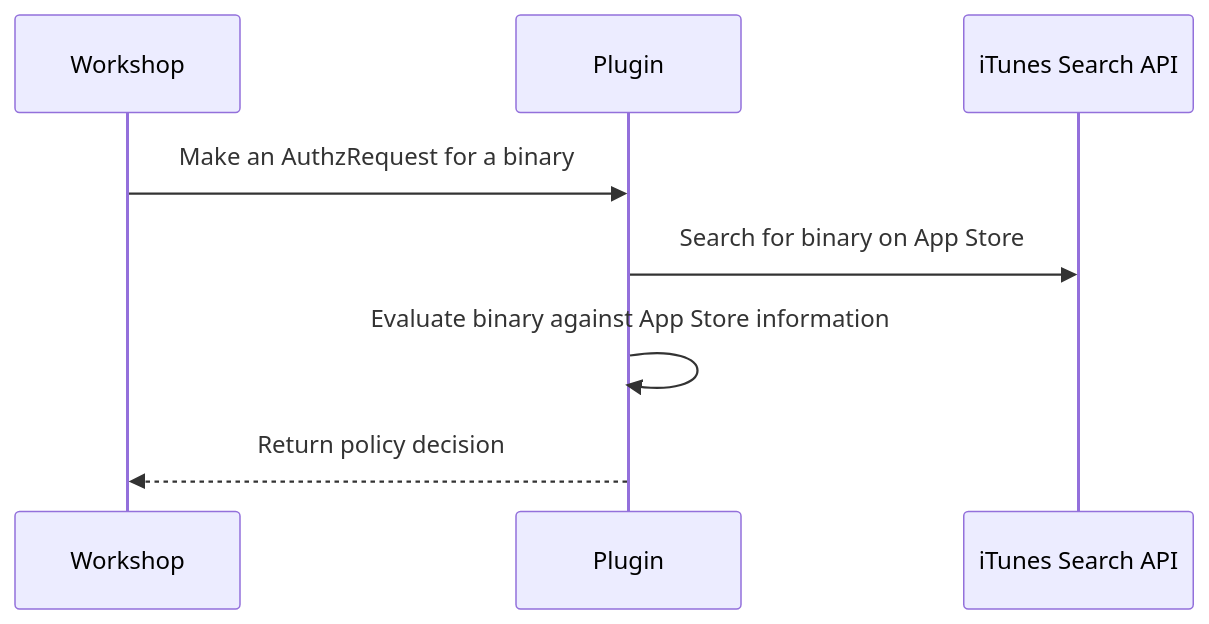
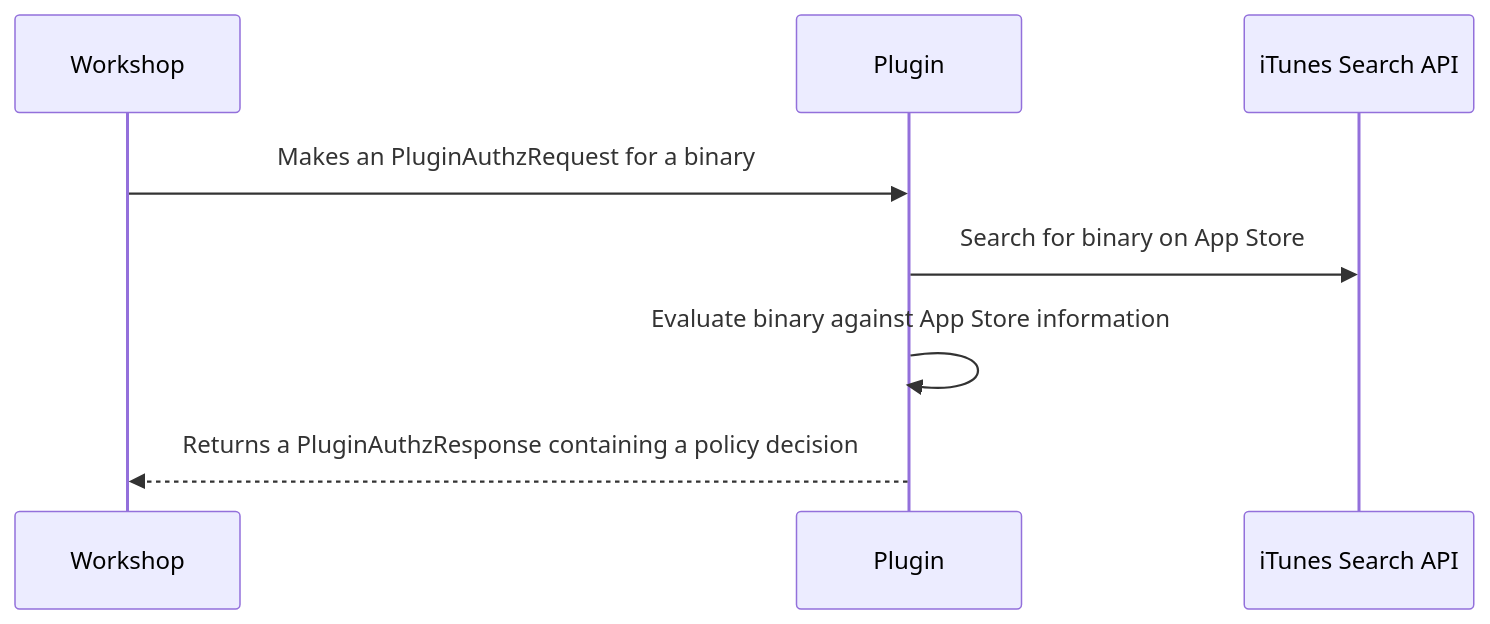
The second of 3 diagrams in README.md (northpolesec/remote-risk-engine-plugin-demo), drawn with Mermaid before and after one commit. The commit also changed other lines of this file, not shown here.

````diff
--- a/README.md
+++ b/README.md
@@ -172,7 +172,7 @@
 ```mermaid
 sequenceDiagram
-Workshop ->> Plugin: Make an AuthzRequest for a binary
+Workshop ->> Plugin: Makes an PluginAuthzRequest for a binary
 Plugin ->> iTunes Search API: Search for binary on App Store
 Plugin ->> Plugin: Evaluate binary against App Store information
-Plugin -->> Workshop: Return policy decision
+Plugin -->> Workshop: Returns a PluginAuthzResponse containing a policy decision
 ```
````
